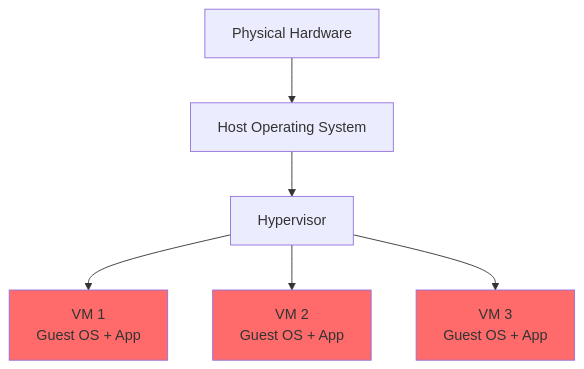
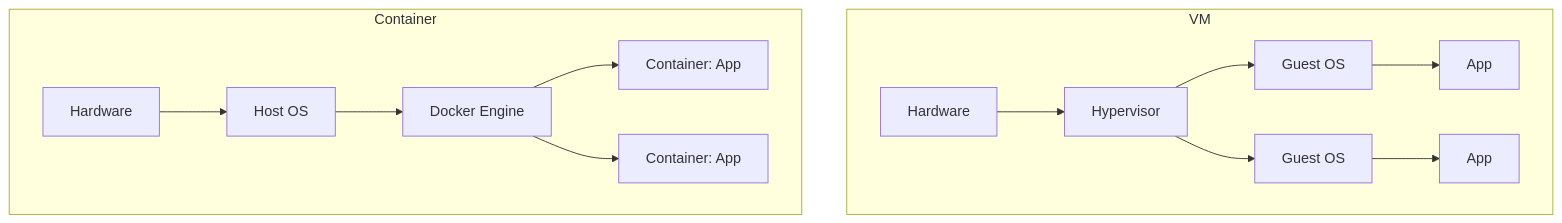
The diagram in docs/engineering/devops/05-docker/01-what-is-docker.md (anubhab-codes/eigenbytes-site), drawn with Mermaid before and after one commit. The commit also changed other lines of this file and 18 other files, not shown here.

````diff
--- a/docs/engineering/devops/05-docker/01-what-is-docker.md
+++ b/docs/engineering/devops/05-docker/01-what-is-docker.md
@@ -64,12 +21,14 @@
 ```mermaid
-graph TB
-    A[Physical Hardware] --> B[Host Operating System]
-    B --> C[Hypervisor]
-    C --> D[VM 1<br/>Guest OS + App]
-    C --> E[VM 2<br/>Guest OS + App]
-    C --> F[VM 3<br/>Guest OS + App]
-    
-    style D fill:#ff6b6b
-    style E fill:#ff6b6b
-    style F fill:#ff6b6b
+graph TD
+    subgraph VM
+        HW[Hardware] --> HV[Hypervisor]
+        HV --> GOS1[Guest OS] --> App1[App]
+        HV --> GOS2[Guest OS] --> App2[App]
+    end
+
+    subgraph Container
+        HW2[Hardware] --> OS[Host OS] --> DE[Docker Engine]
+        DE --> C1[Container: App]
+        DE --> C2[Container: App]
+    end
 ```
````
